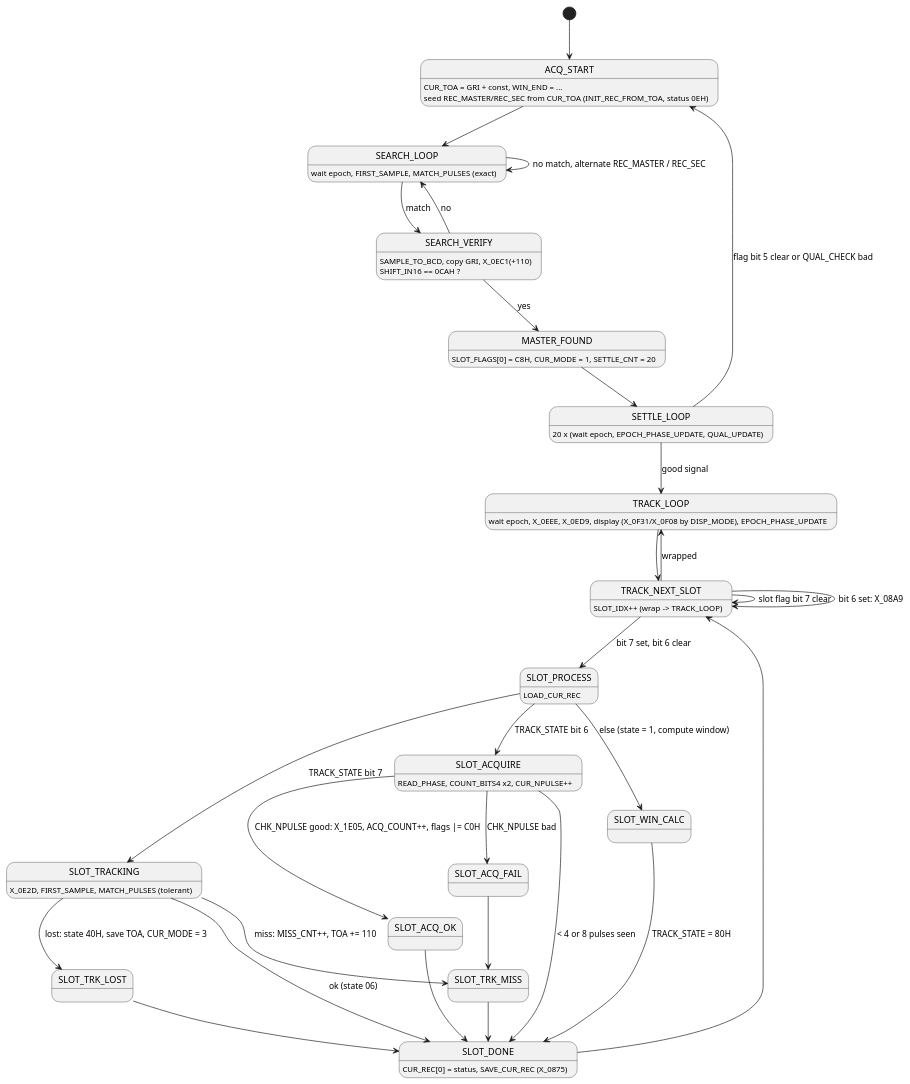
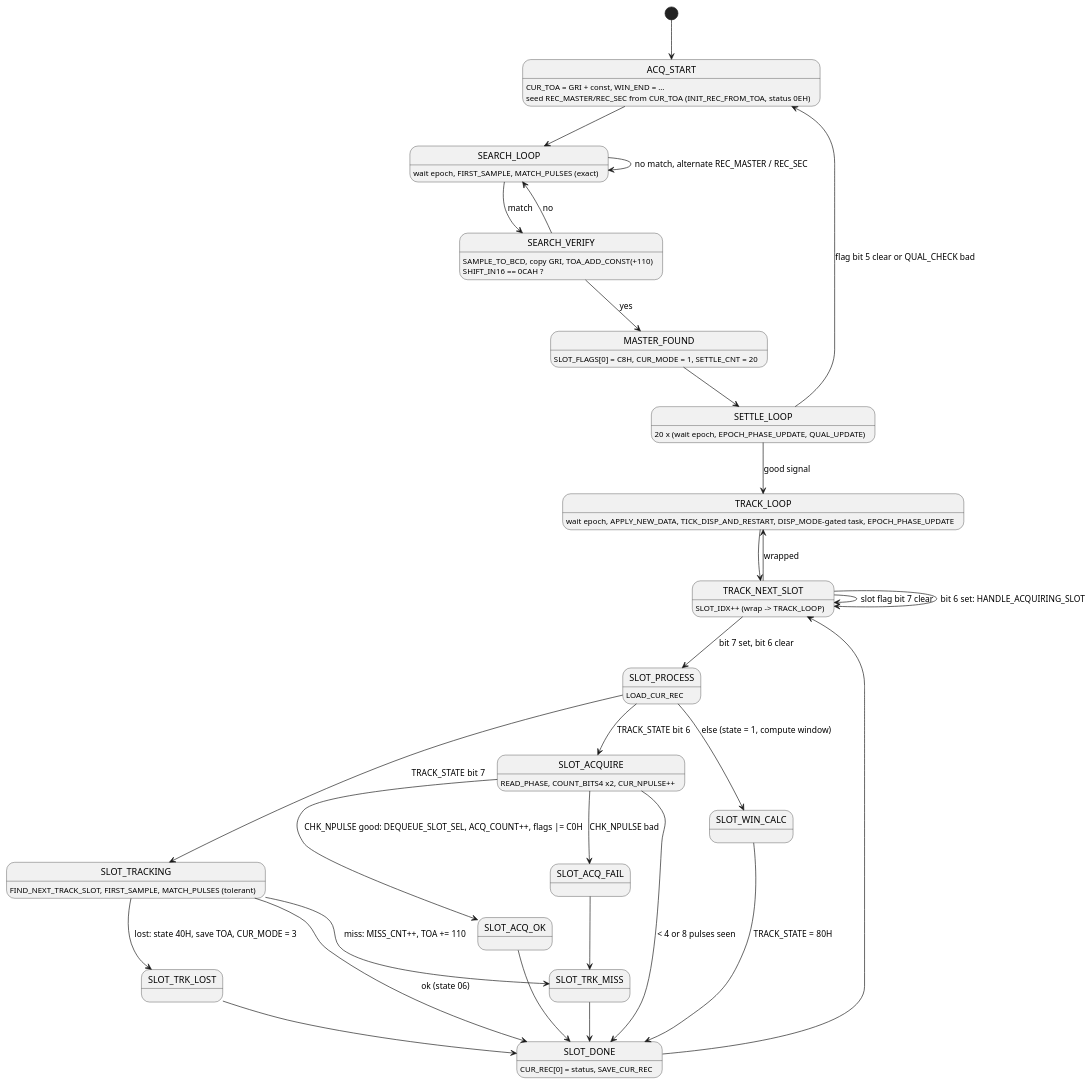
The third of 3 diagrams in docs/firmware.md (Mwwhited-BookLearning/navtec-roms), drawn with PlantUML before and after one commit. The commit also changed other lines of this file and 8 other files, not shown here.

````diff
--- a/docs/firmware.md
+++ b/docs/firmware.md
@@ -85,46 +85,46 @@
 ```plantuml
 @startuml
 [*] --> ACQ_START
 ACQ_START : CUR_TOA = GRI + const, WIN_END = ...
 ACQ_START : seed REC_MASTER/REC_SEC from CUR_TOA (INIT_REC_FROM_TOA, status 0EH)
 ACQ_START --> SEARCH_LOOP
 SEARCH_LOOP : wait epoch, FIRST_SAMPLE, MATCH_PULSES (exact)
 SEARCH_LOOP --> SEARCH_LOOP : no match, alternate REC_MASTER / REC_SEC
 SEARCH_LOOP --> SEARCH_VERIFY : match
-SEARCH_VERIFY : SAMPLE_TO_BCD, copy GRI, X_0EC1(+110)
+SEARCH_VERIFY : SAMPLE_TO_BCD, copy GRI, TOA_ADD_CONST(+110)
 SEARCH_VERIFY : SHIFT_IN16 == 0CAH ?
 SEARCH_VERIFY --> SEARCH_LOOP : no
 SEARCH_VERIFY --> MASTER_FOUND : yes
 MASTER_FOUND : SLOT_FLAGS[0] = C8H, CUR_MODE = 1, SETTLE_CNT = 20
 MASTER_FOUND --> SETTLE_LOOP
 SETTLE_LOOP : 20 x (wait epoch, EPOCH_PHASE_UPDATE, QUAL_UPDATE)
 SETTLE_LOOP --> ACQ_START : flag bit 5 clear or QUAL_CHECK bad
 SETTLE_LOOP --> TRACK_LOOP : good signal
-TRACK_LOOP : wait epoch, X_0EEE, X_0ED9, display (X_0F31/X_0F08 by DISP_MODE), EPOCH_PHASE_UPDATE
+TRACK_LOOP : wait epoch, APPLY_NEW_DATA, TICK_DISP_AND_RESTART, DISP_MODE-gated task, EPOCH_PHASE_UPDATE
 TRACK_LOOP --> TRACK_NEXT_SLOT
 TRACK_NEXT_SLOT : SLOT_IDX++ (wrap -> TRACK_LOOP)
 TRACK_NEXT_SLOT --> TRACK_LOOP : wrapped
 TRACK_NEXT_SLOT --> TRACK_NEXT_SLOT : slot flag bit 7 clear
 TRACK_NEXT_SLOT --> SLOT_PROCESS : bit 7 set, bit 6 clear
-TRACK_NEXT_SLOT --> TRACK_NEXT_SLOT : bit 6 set: X_08A9
+TRACK_NEXT_SLOT --> TRACK_NEXT_SLOT : bit 6 set: HANDLE_ACQUIRING_SLOT
 SLOT_PROCESS : LOAD_CUR_REC
 SLOT_PROCESS --> SLOT_TRACKING : TRACK_STATE bit 7
 SLOT_PROCESS --> SLOT_ACQUIRE : TRACK_STATE bit 6
 SLOT_PROCESS --> SLOT_WIN_CALC : else (state = 1, compute window)
 SLOT_WIN_CALC --> SLOT_DONE : TRACK_STATE = 80H
-SLOT_TRACKING : X_0E2D, FIRST_SAMPLE, MATCH_PULSES (tolerant)
+SLOT_TRACKING : FIND_NEXT_TRACK_SLOT, FIRST_SAMPLE, MATCH_PULSES (tolerant)
 SLOT_TRACKING --> SLOT_DONE : ok (state 06)
 SLOT_TRACKING --> SLOT_TRK_MISS : miss: MISS_CNT++, TOA += 110
 SLOT_TRK_MISS --> SLOT_DONE
 SLOT_TRACKING --> SLOT_TRK_LOST : lost: state 40H, save TOA, CUR_MODE = 3
 SLOT_TRK_LOST --> SLOT_DONE
 SLOT_ACQUIRE : READ_PHASE, COUNT_BITS4 x2, CUR_NPULSE++
 SLOT_ACQUIRE --> SLOT_DONE : < 4 or 8 pulses seen
 SLOT_ACQUIRE --> SLOT_ACQ_FAIL : CHK_NPULSE bad
-SLOT_ACQUIRE --> SLOT_ACQ_OK : CHK_NPULSE good: X_1E05, ACQ_COUNT++, flags |= C0H
+SLOT_ACQUIRE --> SLOT_ACQ_OK : CHK_NPULSE good: DEQUEUE_SLOT_SEL, ACQ_COUNT++, flags |= C0H
 SLOT_ACQ_OK --> SLOT_DONE
 SLOT_ACQ_FAIL --> SLOT_TRK_MISS
-SLOT_DONE : CUR_REC[0] = status, SAVE_CUR_REC (X_0875)
+SLOT_DONE : CUR_REC[0] = status, SAVE_CUR_REC
 SLOT_DONE --> TRACK_NEXT_SLOT
 @enduml
 ```
````
